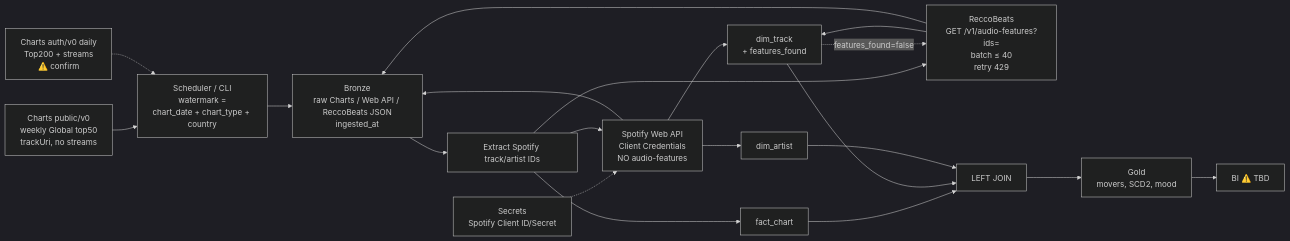
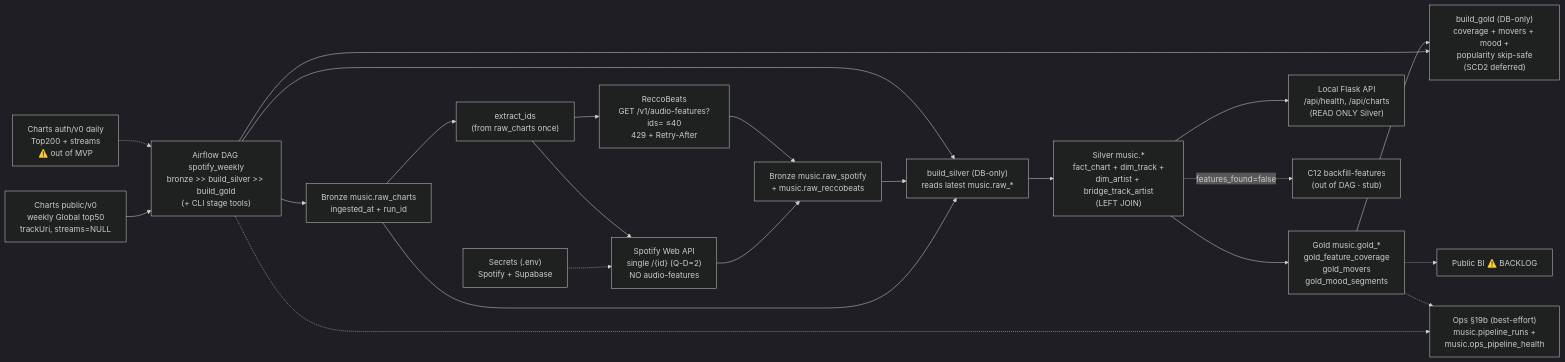
One commit to locDEV169/spotify-pipeline changed the diagram in docs/spec/SPEC.md. Above: the diagram before and after it, drawn with Mermaid (dark theme). The commit also changed other lines of this file and 2 other files, not shown here.

Commit message:
feat: update music pipeline documentation and diagrams; implement orchestration v2 with weekly scheduling and local Flask API for Silver data access

````diff
--- a/docs/spec/SPEC.md
+++ b/docs/spec/SPEC.md
@@ -216,37 +245,42 @@
 ```mermaid
 flowchart LR
-  PUB["Charts public/v0\nweekly Global top50\ntrackUri, no streams"]
-  AUTH["Charts auth/v0 daily\nTop200 + streams\n⚠️ confirm"]
-  ORCH["Scheduler / CLI\nwatermark =\nchart_date + chart_type + country"]
-  SEC["Secrets\nSpotify Client ID/Secret"]
-  BR["Bronze\nraw Charts / Web API / ReccoBeats JSON\ningested_at"]
-  EX["Extract Spotify track/artist IDs"]
-  SP["Spotify Web API\nClient Credentials\nNO audio-features"]
-  RB["ReccoBeats\nGET /v1/audio-features?ids=\nbatch ≤ 40\nretry 429"]
-  FACT["fact_chart"]
-  DIMT["dim_track\n+ features_found"]
-  DIMA["dim_artist"]
-  JOIN["LEFT JOIN"]
-  GOLD["Gold\nmovers, SCD2, mood"]
-  BI["BI ⚠️ TBD"]
+  PUB["Charts public/v0\nweekly Global top50\ntrackUri, streams=NULL"]
+  AUTH["Charts auth/v0 daily\nTop200 + streams\n⚠️ out of MVP"]
+  ORCH["Airflow DAG spotify_weekly\nbronze >> build_silver >> build_gold\n(+ CLI stage tools)"]
+  SEC["Secrets (.env)\nSpotify + Supabase"]
+  RAWC["Bronze music.raw_charts\ningested_at + run_id"]
+  EX["extract_ids\n(from raw_charts once)"]
+  SP["Spotify Web API\nsingle /{id} (Q-D=2)\nNO audio-features"]
+  RB["ReccoBeats\nGET /v1/audio-features?ids= ≤40\n429 + Retry-After"]
+  RAWSP["Bronze music.raw_spotify\n+ music.raw_reccobeats"]
+  SLVB["build_silver (DB-only)\nreads latest music.raw_*"]
+  SLV["Silver music.*\nfact_chart + dim_track +\ndim_artist + bridge_track_artist\n(LEFT JOIN)"]
+  GLDV["Gold music.gold_*\ngold_feature_coverage\ngold_movers\ngold_mood_segments"]
+  GLDB["build_gold (DB-only)\ncoverage + movers + mood +\npopularity skip-safe\n(SCD2 deferred)"]
+  OPS["Ops §19b (best-effort)\nmusic.pipeline_runs +\nmusic.ops_pipeline_health"]
+  FLASK["Local Flask API\n/api/health, /api/charts\n(READ ONLY Silver)"]
+  C12["C12 backfill-features\n(out of DAG · stub)"]
+  BI["Public BI ⚠️ BACKLOG"]
 
   PUB --> ORCH
   AUTH -.-> ORCH
-  ORCH --> BR
+  ORCH --> RAWC
+  RAWC --> EX
   SEC -.-> SP
-  BR --> EX
   EX --> SP
   EX --> RB
-  EX --> FACT
-  SP --> DIMT
-  SP --> DIMA
-  RB --> DIMT
-  SP --> BR
-  RB --> BR
-  FACT --> JOIN
-  DIMT --> JOIN
-  DIMA --> JOIN
-  JOIN --> GOLD
-  GOLD --> BI
-  DIMT -.->|"features_found=false"| RB
+  SP --> RAWSP
+  RB --> RAWSP
+  RAWC --> SLVB
+  RAWSP --> SLVB
+  ORCH --> SLVB
+  SLVB --> SLV
+  SLV --> GLDV
+  ORCH --> GLDB
+  GLDV --> GLDB
+  ORCH -.-> OPS
+  GLDV -.-> OPS
+  SLV --> FLASK
+  SLV -.->|"features_found=false"| C12
+  GLDV -.-> BI
 ```
````
